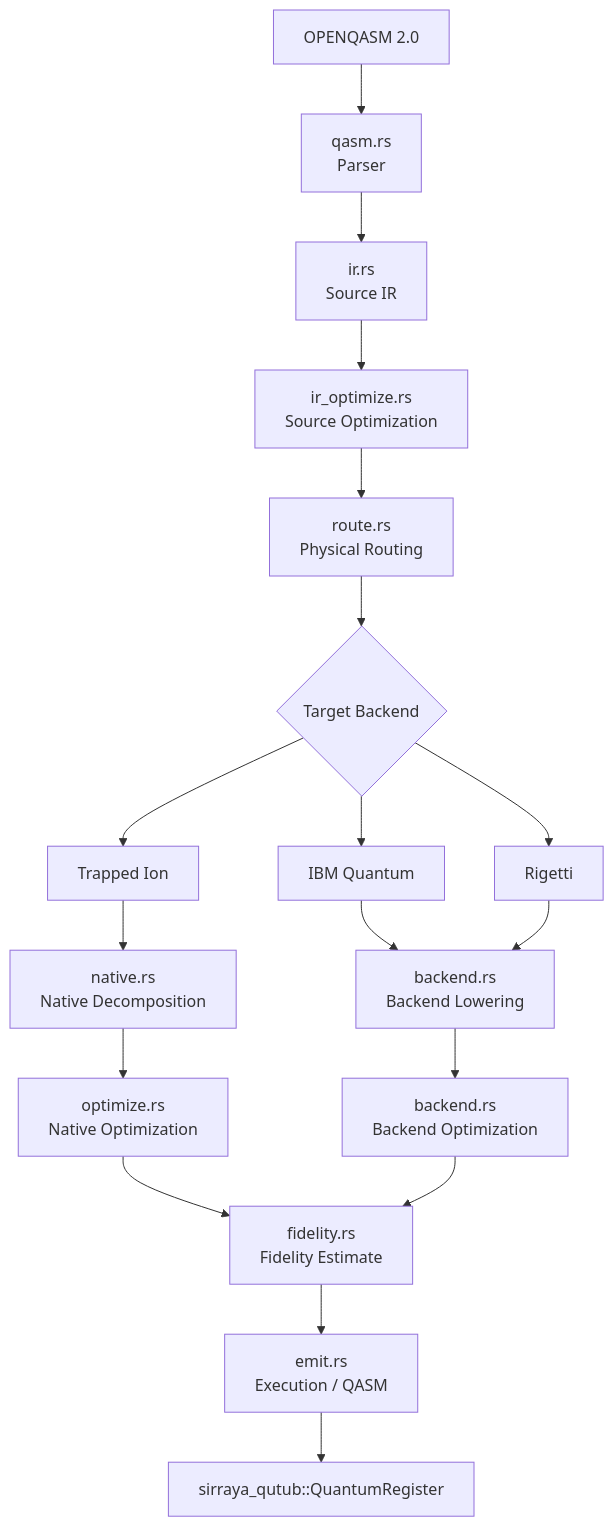
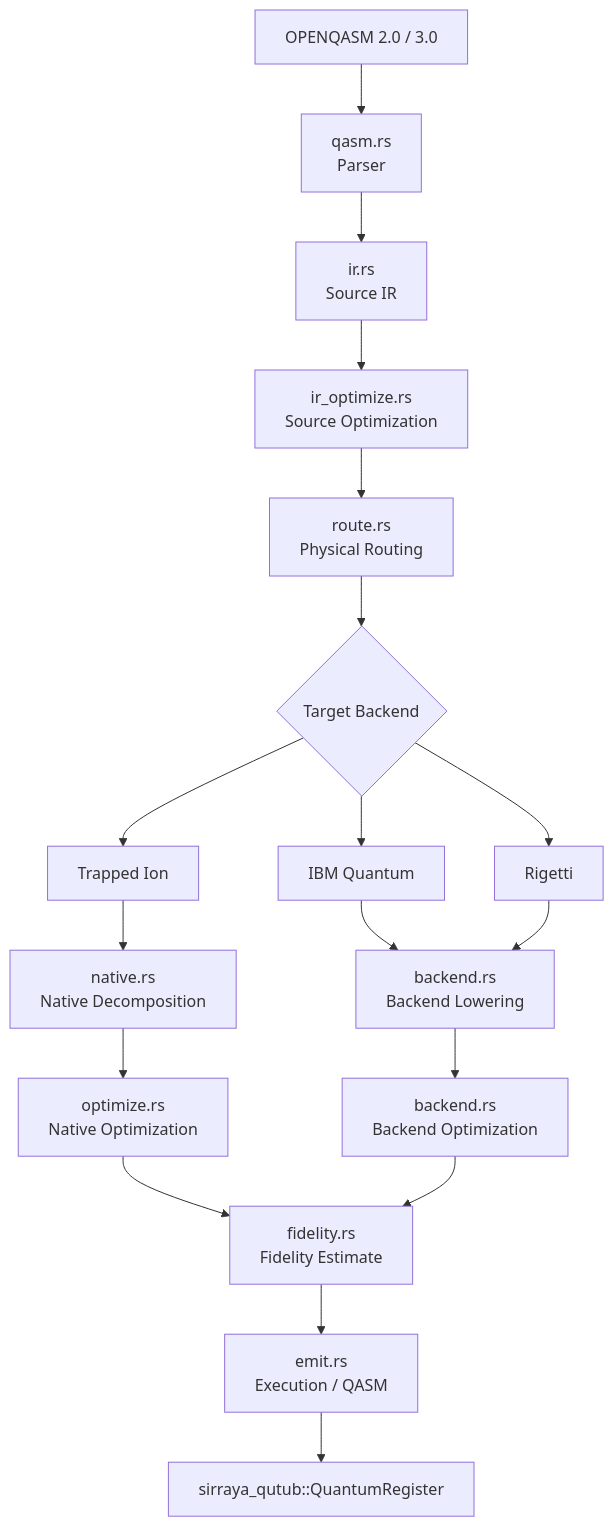
The second of 9 diagrams in ARCHITECTURE.md (sirraya-labs/QuTub-Transpiler), drawn with Mermaid before and after one commit. The commit also changed other lines of this file and 13 other files, not shown here.

````diff
--- a/ARCHITECTURE.md
+++ b/ARCHITECTURE.md
@@ -53,28 +53,28 @@
 ```mermaid
 flowchart TD
-    QASM["OPENQASM 2.0"]
+    QASM["OPENQASM 2.0 / 3.0"]
 
     QASM --> PARSE["qasm.rs<br/>Parser"]
     PARSE --> IR["ir.rs<br/>Source IR"]
     IR --> IROPT["ir_optimize.rs<br/>Source Optimization"]
     IROPT --> ROUTE["route.rs<br/>Physical Routing"]
 
     ROUTE --> TARGET{"Target Backend"}
 
     TARGET --> TI["Trapped Ion"]
     TARGET --> IBM["IBM Quantum"]
     TARGET --> RIG["Rigetti"]
 
     TI --> NATIVE["native.rs<br/>Native Decomposition"]
     IBM --> BACKEND["backend.rs<br/>Backend Lowering"]
     RIG --> BACKEND
 
     NATIVE --> NOPT["optimize.rs<br/>Native Optimization"]
     BACKEND --> BOPT["backend.rs<br/>Backend Optimization"]
 
     NOPT --> FID["fidelity.rs<br/>Fidelity Estimate"]
     BOPT --> FID
 
     FID --> EMIT["emit.rs<br/>Execution / QASM"]
     EMIT --> SIM["sirraya_qutub::QuantumRegister"]
 ```
````
